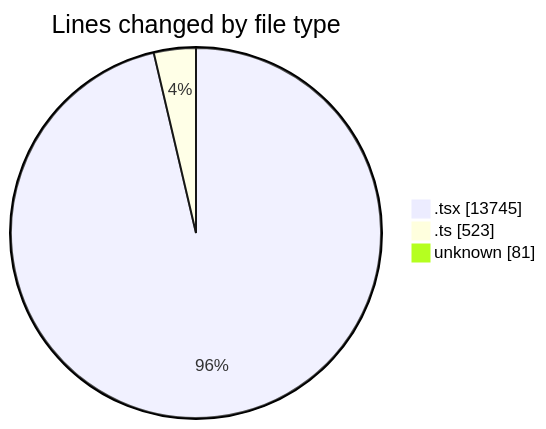
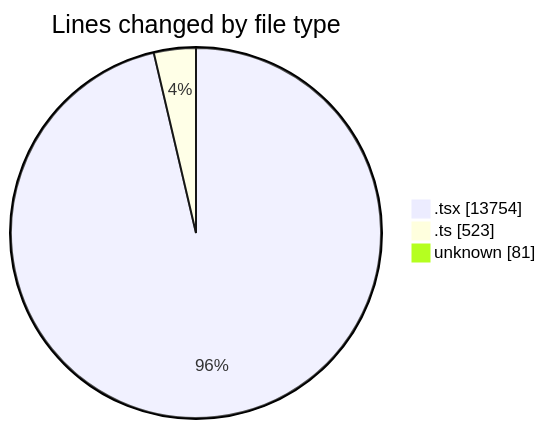
Before and after one commit to nxtqubesakshisongat/code-tracking: the first of 2 diagrams in 2026-04-05/nxtqube_webapp/README.md, drawn with Mermaid. The commit also changed other lines of this file and 1 other file, not shown here.

````diff
--- a/2026-04-05/nxtqube_webapp/README.md
+++ b/2026-04-05/nxtqube_webapp/README.md
@@ -27,7 +27,7 @@
 ```mermaid
 pie showData
 title Lines changed by file type
-".tsx" : 13745
+".tsx" : 13754
 ".ts" : 523
 "unknown" : 81
 ```
````
